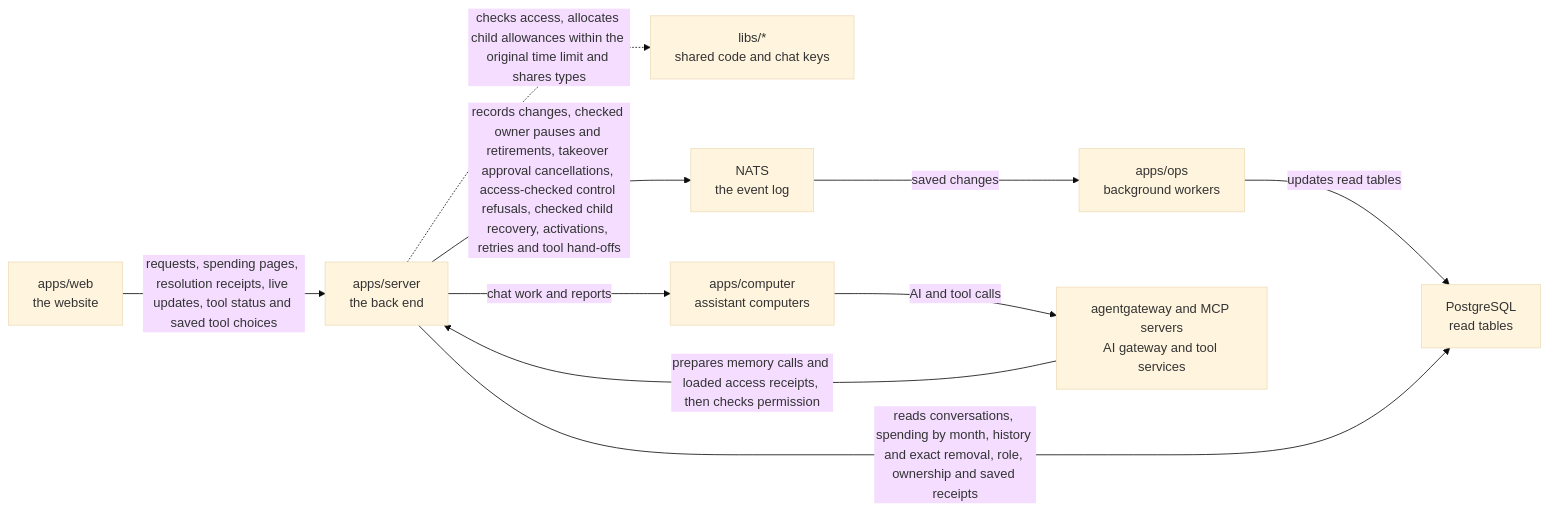
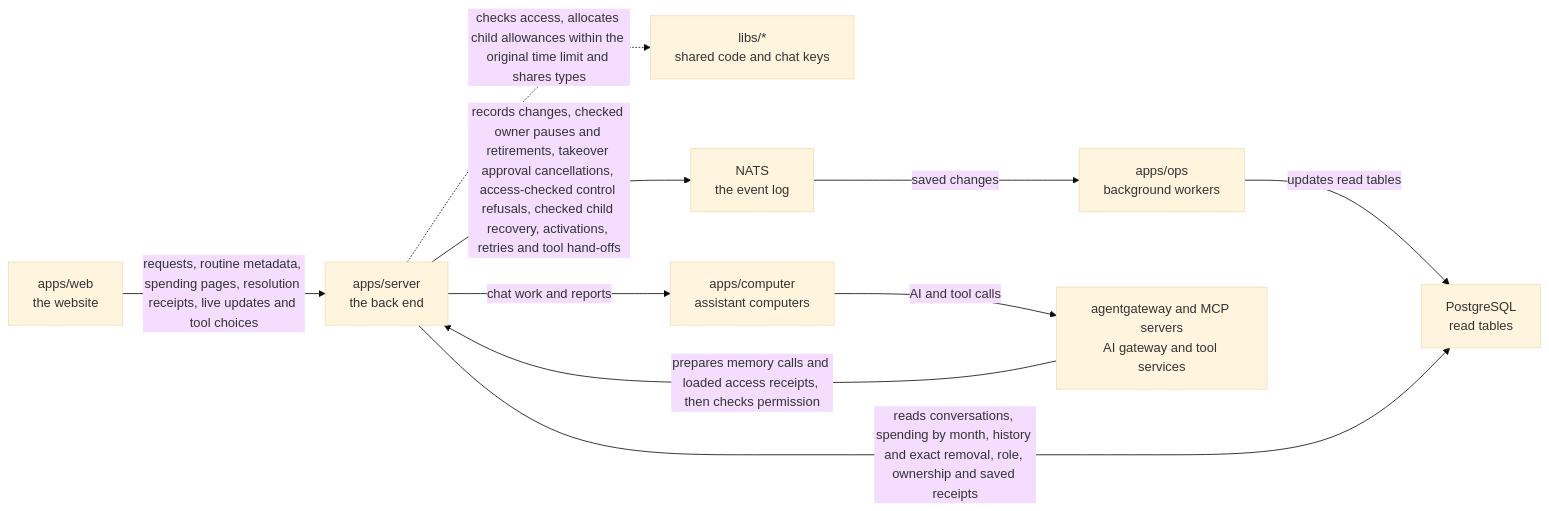
The diagram in apps/server/README.md (elewa-git/opencrane-new), drawn with Mermaid (base theme) before and after one commit. The commit also changed other lines of this file and 6 other files, not shown here.

Commit message:
🔎 Let permitted members read saved routine metadata

````diff
--- a/apps/server/README.md
+++ b/apps/server/README.md
@@ -50,12 +50,12 @@
 ```mermaid
 flowchart LR
-  web["apps/web<br/>the website"] -->|requests, spending pages, resolution receipts, live updates, tool status and saved tool choices| server["apps/server<br/>the back end"]
+  web["apps/web<br/>the website"] -->|requests, routine metadata, spending pages, resolution receipts, live updates and tool choices| server["apps/server<br/>the back end"]
   server -.->|checks access, allocates child allowances within the original time limit and shares types| libs["libs/*<br/>shared code and chat keys"]
   server -->|records changes, checked owner pauses and retirements, takeover approval cancellations, access-checked control refusals, checked child recovery, activations, retries and tool hand-offs| nats["NATS<br/>the event log"]
   nats -->|saved changes| ops["apps/ops<br/>background workers"]
   ops -->|updates read tables| postgres["PostgreSQL<br/>read tables"]
   server -->|reads conversations, spending by month, history and exact removal, role, ownership and saved receipts| postgres
   server -->|chat work and reports| computer["apps/computer<br/>assistant computers"]
   computer -->|AI and tool calls| runtime["agentgateway and MCP servers<br/>AI gateway and tool services"]
   runtime -->|prepares memory calls and loaded access receipts, then checks permission| server
 ```
````
